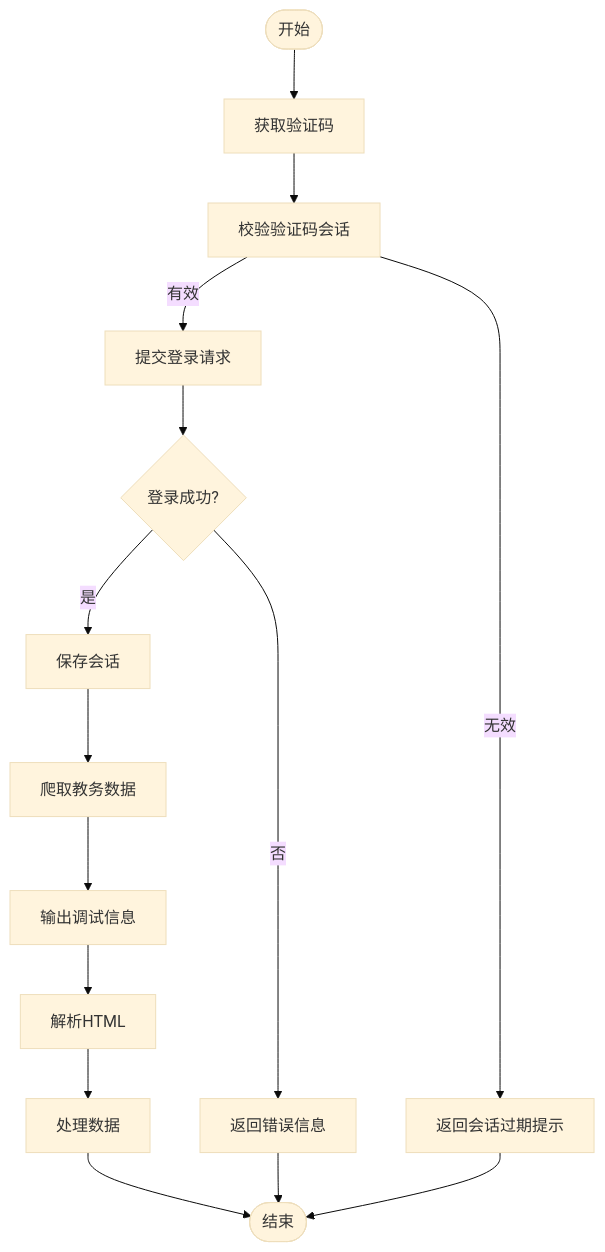
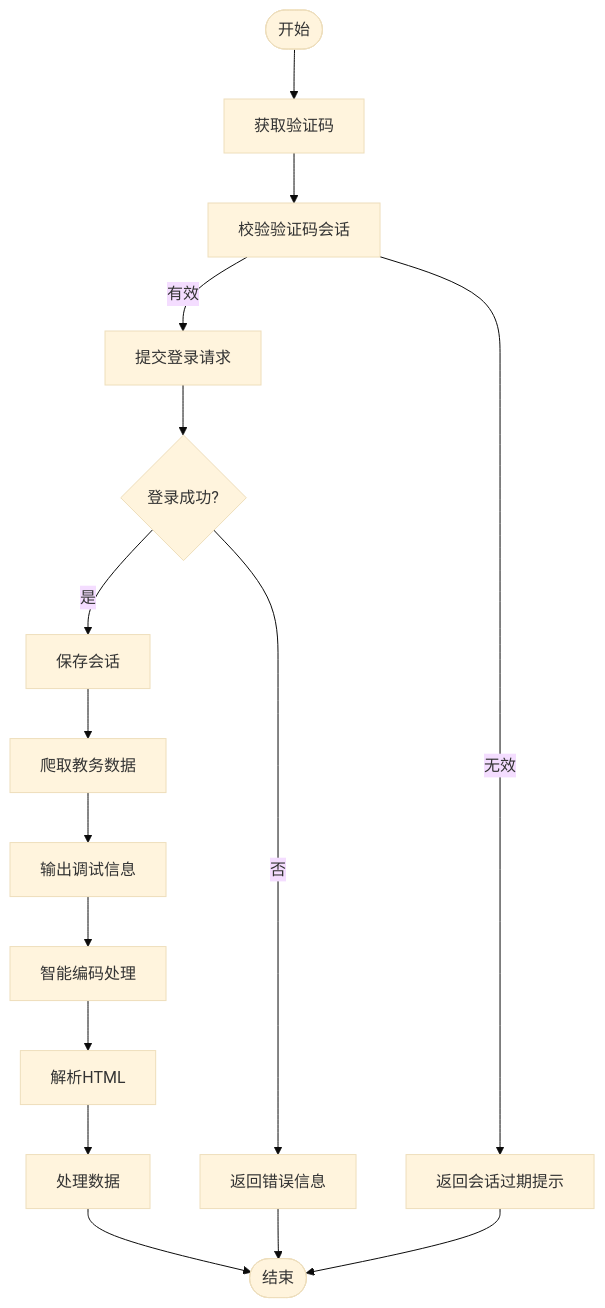
One commit to ghbbn053-ship-itsoulddog/soulddog changed the sixth of 7 diagrams in .qoder/repowiki/zh/content/开发指南/调试工具/调试工具.md. Above: the diagram before and after it, drawn with Mermaid (base theme). The commit also changed other lines of this file and 6 other files, not shown here.

````diff
--- a/.qoder/repowiki/zh/content/开发指南/调试工具/调试工具.md
+++ b/.qoder/repowiki/zh/content/开发指南/调试工具/调试工具.md
@@ -199,17 +291,18 @@
 ```mermaid
 flowchart TD
 Start(["开始"]) --> GetCaptcha["获取验证码"]
 GetCaptcha --> ValidateSession["校验验证码会话"]
 ValidateSession --> |有效| Login["提交登录请求"]
 ValidateSession --> |无效| Expired["返回会话过期提示"]
 Login --> CheckResp{"登录成功?"}
 CheckResp --> |是| SaveSession["保存会话"]
 CheckResp --> |否| ShowError["返回错误信息"]
 SaveSession --> ScrapeData["爬取教务数据"]
 ScrapeData --> DebugOutput["输出调试信息"]
-DebugOutput --> ParseHTML["解析HTML"]
+DebugOutput --> FixEncoding["智能编码处理"]
+FixEncoding --> ParseHTML["解析HTML"]
 ParseHTML --> ProcessData["处理数据"]
 ProcessData --> Done(["结束"])
 ShowError --> Done
 Expired --> Done
 ```
````
